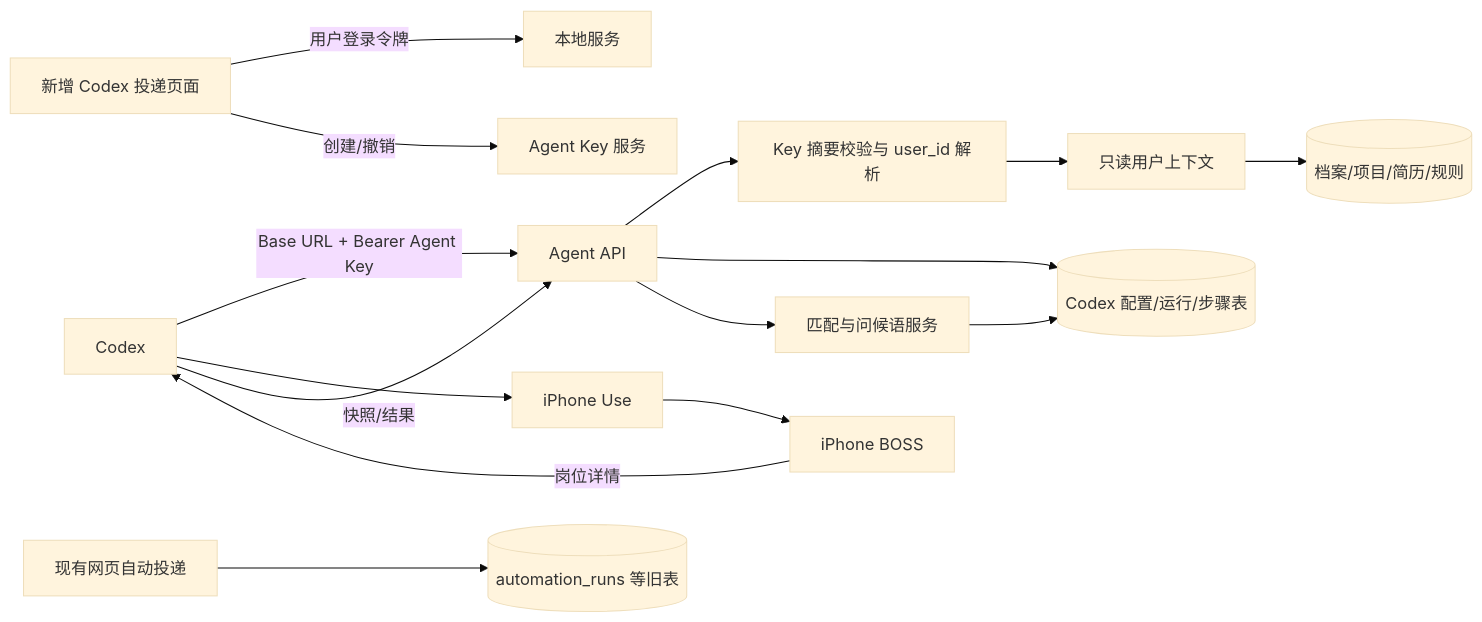
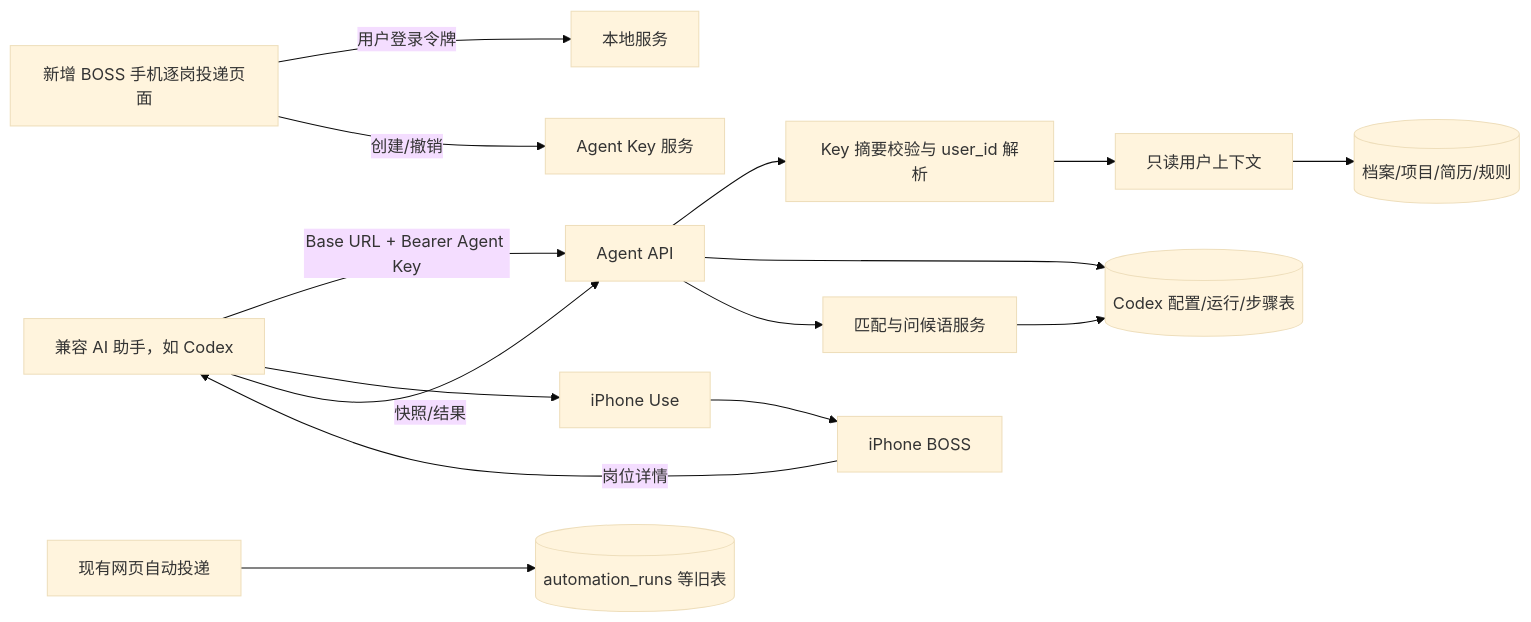
Before and after one commit to a764506248/Job-Search-Assistant: the first of 2 diagrams in docs/codex-delivery/TECHNICAL_ARCHITECTURE.md, drawn with Mermaid (base theme). The commit also changed other lines of this file and 10 other files, not shown here.

````diff
--- a/docs/codex-delivery/TECHNICAL_ARCHITECTURE.md
+++ b/docs/codex-delivery/TECHNICAL_ARCHITECTURE.md
@@ -7,17 +7,17 @@
 ```mermaid
 flowchart LR
-    UI[新增 Codex 投递页面] -->|用户登录令牌| API[本地服务]
+    UI[新增 BOSS 手机逐岗投递页面] -->|用户登录令牌| API[本地服务]
     UI -->|创建/撤销| KEY[Agent Key 服务]
-    C[Codex] -->|Base URL + Bearer Agent Key| AGENT[Agent API]
+    C[兼容 AI 助手，如 Codex] -->|Base URL + Bearer Agent Key| AGENT[Agent API]
     AGENT --> AUTH[Key 摘要校验与 user_id 解析]
     AUTH --> READ[只读用户上下文]
     READ --> PROFILE[(档案/项目/简历/规则)]
     AGENT --> NEW[(Codex 配置/运行/步骤表)]
     C --> PUA[iPhone Use]
     PUA --> BOSS[iPhone BOSS]
     BOSS -->|岗位详情| C
     C -->|快照/结果| AGENT
     AGENT --> ANALYZE[匹配与问候语服务]
     ANALYZE --> NEW
     OLD[现有网页自动投递] --> OLDDB[(automation_runs 等旧表)]
 ```
````
